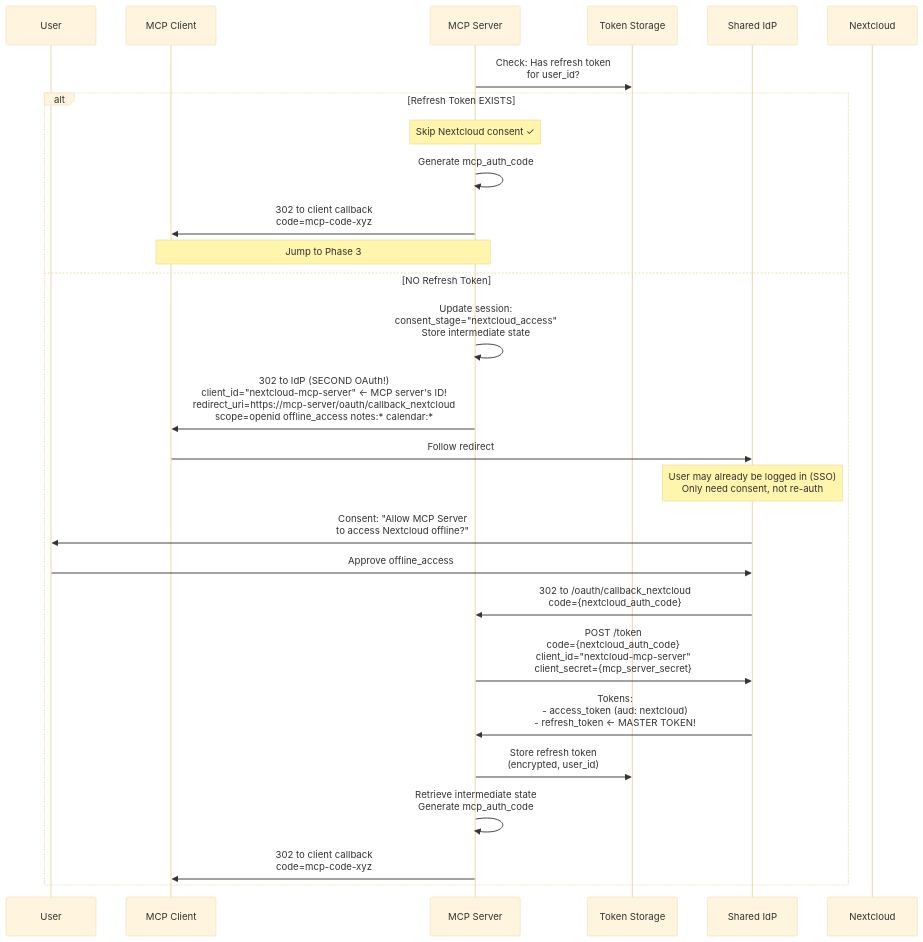
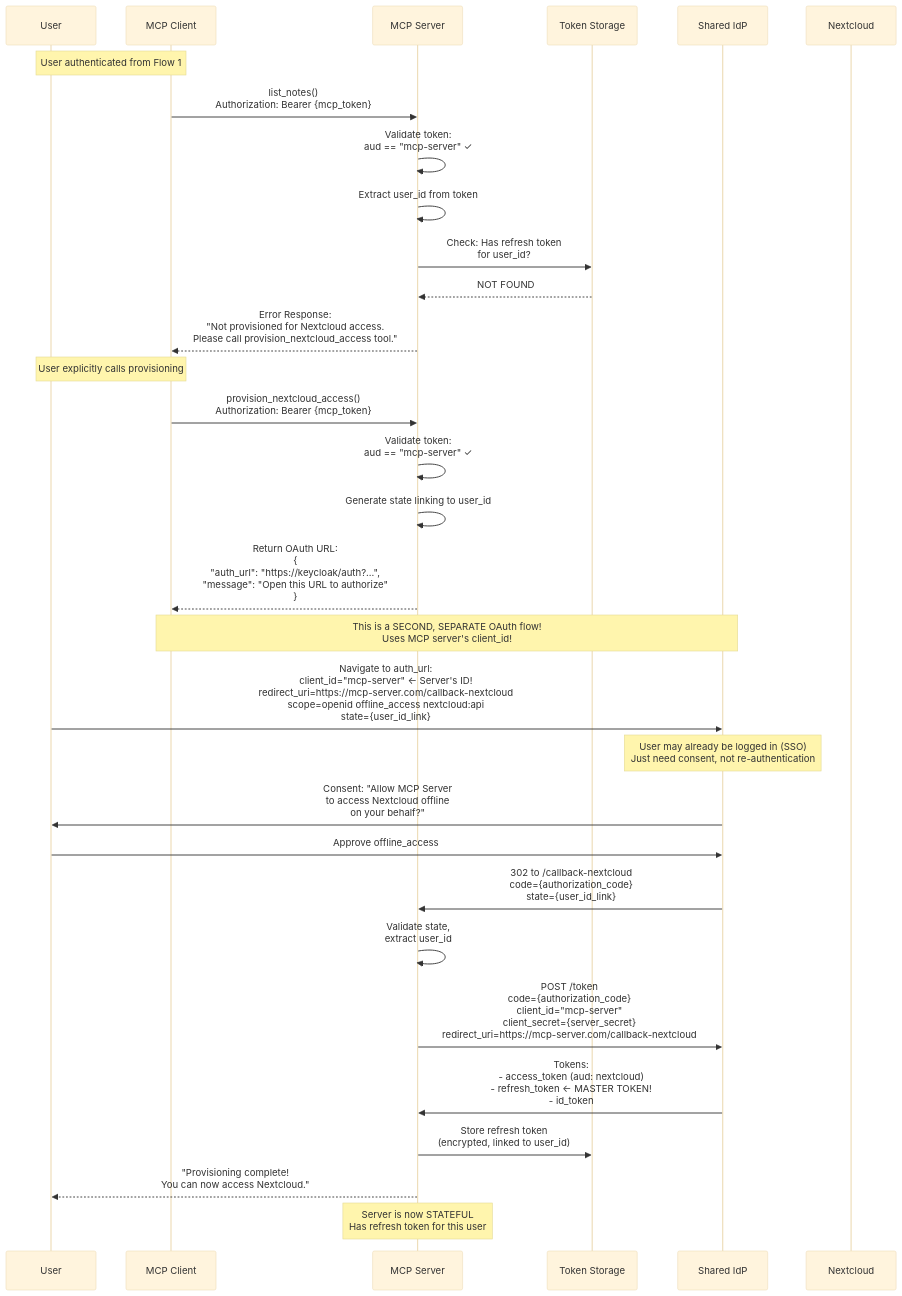
The second of 4 diagrams in docs/ADR-004-mcp-application-oauth.md (cbcoutinho/nextcloud-mcp-server), drawn with Mermaid (base theme) before and after one commit. The commit also changed other lines of this file, not shown here.

First line of the commit message:
docs: Refactor ADR-004 to Progressive Consent architecture with dual OAuth flows

````diff
--- a/docs/ADR-004-mcp-application-oauth.md
+++ b/docs/ADR-004-mcp-application-oauth.md
@@ -202,40 +264,55 @@
 ```mermaid
 sequenceDiagram
     participant User
     participant MCPClient as MCP Client
     participant MCPServer as MCP Server
     participant TokenStore as Token Storage
     participant IdP as Shared IdP
     participant Nextcloud
 
+    Note over User,MCPClient: User authenticated from Flow 1
+
+    MCPClient->>MCPServer: list_notes()<br/>Authorization: Bearer {mcp_token}
+
+    MCPServer->>MCPServer: Validate token:<br/>aud == "mcp-server" ✓
+
+    MCPServer->>MCPServer: Extract user_id from token
+
     MCPServer->>TokenStore: Check: Has refresh token<br/>for user_id?
+    TokenStore-->>MCPServer: NOT FOUND
 
-    alt Refresh Token EXISTS
-        Note over MCPServer: Skip Nextcloud consent ✓
-        MCPServer->>MCPServer: Generate mcp_auth_code
-        MCPServer->>MCPClient: 302 to client callback<br/>code=mcp-code-xyz
-        Note over MCPServer,MCPClient: Jump to Phase 3
-    else NO Refresh Token
-        MCPServer->>MCPServer: Update session:<br/>consent_stage="nextcloud_access"<br/>Store intermediate state
+    MCPServer-->>MCPClient: Error Response:<br/>"Not provisioned for Nextcloud access.<br/>Please call provision_nextcloud_access tool."
 
-        MCPServer->>MCPClient: 302 to IdP (SECOND OAuth!)<br/>client_id="nextcloud-mcp-server" ← MCP server's ID!<br/>redirect_uri=https://mcp-server/oauth/callback_nextcloud<br/>scope=openid offline_access notes:* calendar:*
+    Note over User,MCPClient: User explicitly calls provisioning
 
-        MCPClient->>IdP: Follow redirect
-        Note over IdP: User may already be logged in (SSO)<br/>Only need consent, not re-auth
+    MCPClient->>MCPServer: provision_nextcloud_access()<br/>Authorization: Bearer {mcp_token}
 
-        IdP->>User: Consent: "Allow MCP Server<br/>to access Nextcloud offline?"
-        User->>IdP: Approve offline_access
+    MCPServer->>MCPServer: Validate token:<br/>aud == "mcp-server" ✓
 
-        IdP->>MCPServer: 302 to /oauth/callback_nextcloud<br/>code={nextcloud_auth_code}
+    MCPServer->>MCPServer: Generate state linking to user_id
 
-        MCPServer->>IdP: POST /token<br/>code={nextcloud_auth_code}<br/>client_id="nextcloud-mcp-server"<br/>client_secret={mcp_server_secret}
+    MCPServer-->>MCPClient: Return OAuth URL:<br/>{<br/>  "auth_url": "https://keycloak/auth?...",<br/>  "message": "Open this URL to authorize"<br/>}
 
-        IdP->>MCPServer: Tokens:<br/>- access_token (aud: nextcloud)<br/>- refresh_token ← MASTER TOKEN!
+    Note over MCPClient,IdP: This is a SECOND, SEPARATE OAuth flow!<br/>Uses MCP server's client_id!
 
-        MCPServer->>TokenStore: Store refresh token<br/>(encrypted, user_id)
+    User->>IdP: Navigate to auth_url:<br/>client_id="mcp-server" ← Server's ID!<br/>redirect_uri=https://mcp-server.com/callback-nextcloud<br/>scope=openid offline_access nextcloud:api<br/>state={user_id_link}
 
-        MCPServer->>MCPServer: Retrieve intermediate state<br/>Generate mcp_auth_code
+    Note over IdP: User may already be logged in (SSO)<br/>Just need consent, not re-authentication
 
-        MCPServer->>MCPClient: 302 to client callback<br/>code=mcp-code-xyz
-    end
+    IdP->>User: Consent: "Allow MCP Server<br/>to access Nextcloud offline<br/>on your behalf?"
+    User->>IdP: Approve offline_access
+
+    IdP->>MCPServer: 302 to /callback-nextcloud<br/>code={authorization_code}<br/>state={user_id_link}
+
+    MCPServer->>MCPServer: Validate state,<br/>extract user_id
+
+    MCPServer->>IdP: POST /token<br/>code={authorization_code}<br/>client_id="mcp-server"<br/>client_secret={server_secret}<br/>redirect_uri=https://mcp-server.com/callback-nextcloud
+
+    IdP->>MCPServer: Tokens:<br/>- access_token (aud: nextcloud)<br/>- refresh_token ← MASTER TOKEN!<br/>- id_token
+
+    MCPServer->>TokenStore: Store refresh token<br/>(encrypted, linked to user_id)
+
+    MCPServer-->>User: "Provisioning complete!<br/>You can now access Nextcloud."
+
+    Note over MCPServer: Server is now STATEFUL<br/>Has refresh token for this user
 ```
````
